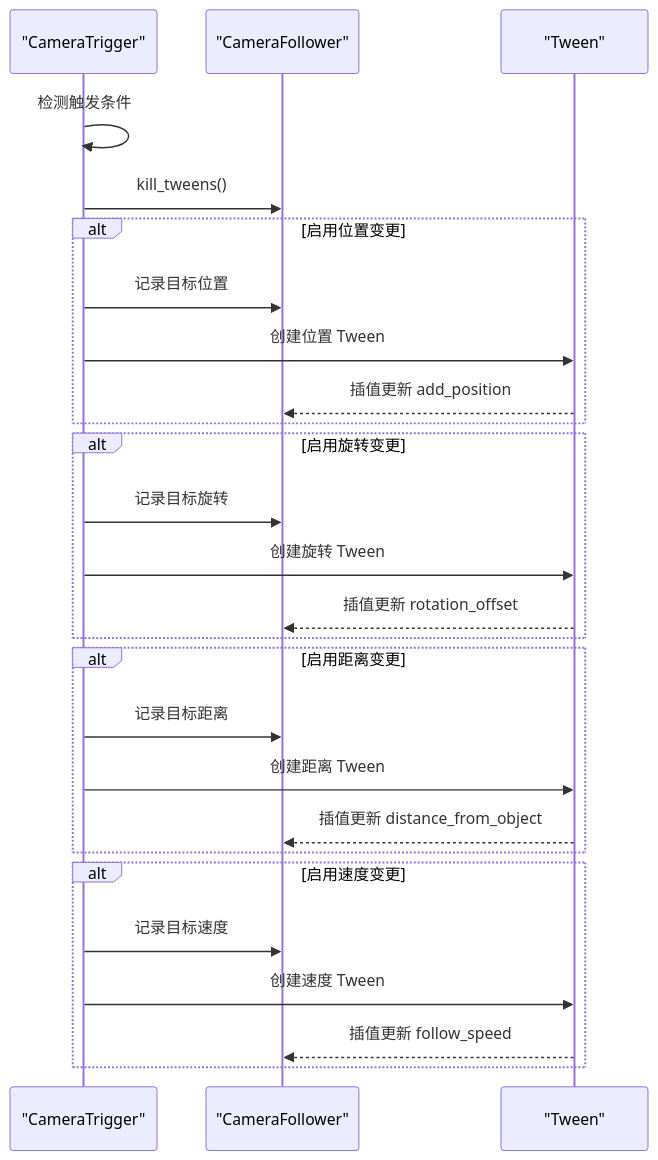
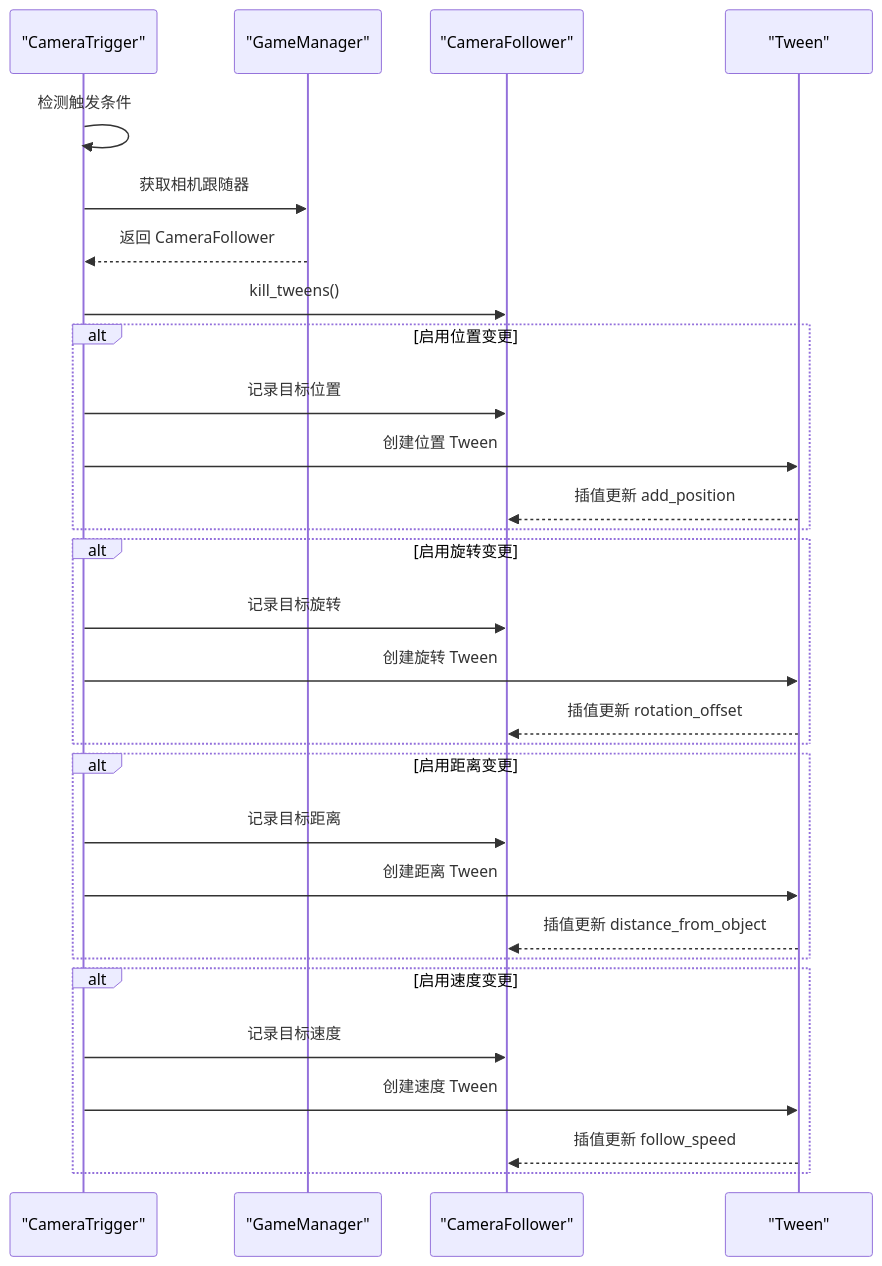
One commit to godotline/godot-line changed the fourth of 12 diagrams in .qoder/repowiki/zh/content/游戏系统/相机系统/相机跟随系统.md. Above: the diagram before and after it, drawn with Mermaid. The commit also changed other lines of this file and 10 other files, not shown here.

````diff
--- a/.qoder/repowiki/zh/content/游戏系统/相机系统/相机跟随系统.md
+++ b/.qoder/repowiki/zh/content/游戏系统/相机系统/相机跟随系统.md
@@ -200,28 +203,31 @@
 ```mermaid
 sequenceDiagram
 participant TR as "CameraTrigger"
+participant GM as "GameManager"
 participant CF as "CameraFollower"
 participant TW as "Tween"
 TR->>TR : 检测触发条件
+TR->>GM : 获取相机跟随器
+GM-->>TR : 返回 CameraFollower
 TR->>CF : kill_tweens()
 alt 启用位置变更
 TR->>CF : 记录目标位置
 TR->>TW : 创建位置 Tween
 TW-->>CF : 插值更新 add_position
 end
 alt 启用旋转变更
 TR->>CF : 记录目标旋转
 TR->>TW : 创建旋转 Tween
 TW-->>CF : 插值更新 rotation_offset
 end
 alt 启用距离变更
 TR->>CF : 记录目标距离
 TR->>TW : 创建距离 Tween
 TW-->>CF : 插值更新 distance_from_object
 end
 alt 启用速度变更
 TR->>CF : 记录目标速度
 TR->>TW : 创建速度 Tween
 TW-->>CF : 插值更新 follow_speed
 end
 ```
````
